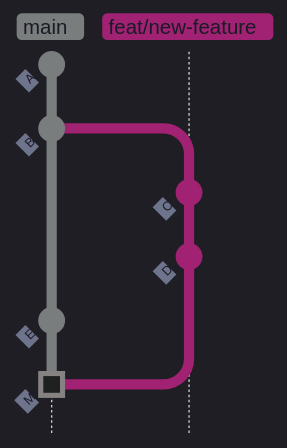
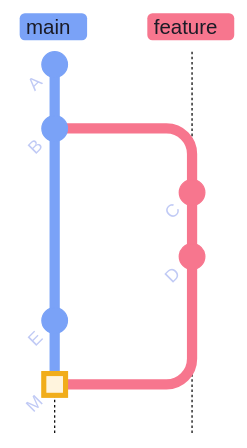
Before and after one commit to alp78/elysium: the second of 8 diagrams in content/08-Git/merge-vs-rebase-vs-squash.md, drawn with Mermaid. The commit also changed other lines of this file and 14 other files, not shown here.

````diff
--- a/content/08-Git/merge-vs-rebase-vs-squash.md
+++ b/content/08-Git/merge-vs-rebase-vs-squash.md
@@ -69,12 +69,12 @@
 ```mermaid
-%%{init: {'theme': 'dark', 'themeVariables': {'commitLabelColor': '#1a1b26', 'commitLabelBackground': '#c0caf5', 'gitBranchLabel0': '#1a1b26', 'gitBranchLabel1': '#1a1b26', 'gitBranchLabel2': '#1a1b26', 'gitBranchLabel3': '#1a1b26', 'tagLabelColor': '#1a1b26', 'tagLabelBackground': '#c0caf5'}, 'gitGraph': {'mainBranchName': 'main'}} }%%
+%%{init: {'theme': 'base', 'themeVariables': {'git0': '#7aa2f7', 'git1': '#f7768e', 'git2': '#9ece6a', 'git3': '#e0af68', 'git4': '#bb9af7', 'gitBranchLabel0': '#1a1b26', 'gitBranchLabel1': '#1a1b26', 'gitBranchLabel2': '#1a1b26', 'gitBranchLabel3': '#1a1b26', 'commitLabelColor': '#c0caf5', 'commitLabelBackground': 'transparent', 'commitLabelFontSize': '14px', 'tagLabelColor': '#1a1b26', 'tagLabelBackground': '#c0caf5'}, 'gitGraph': {'mainBranchName': 'main'}} }%%
 gitGraph TB:
   commit id: "A"
   commit id: "B"
-  branch feat/new-feature
+  branch feature
   commit id: "C"
   commit id: "D"
   checkout main
   commit id: "E"
-  merge feat/new-feature id: "M" type: HIGHLIGHT
+  merge feature id: "M" type: HIGHLIGHT
 ```
````
